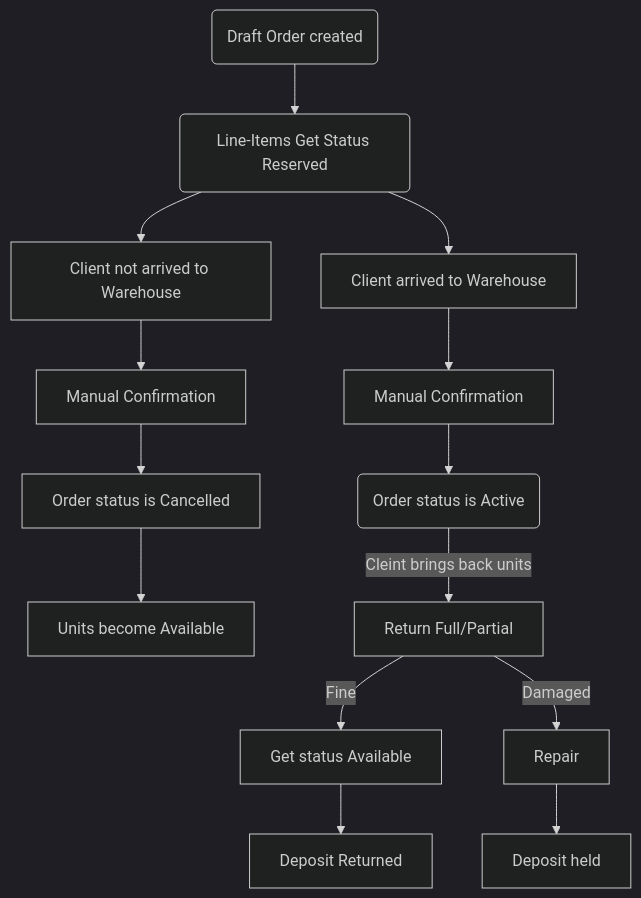
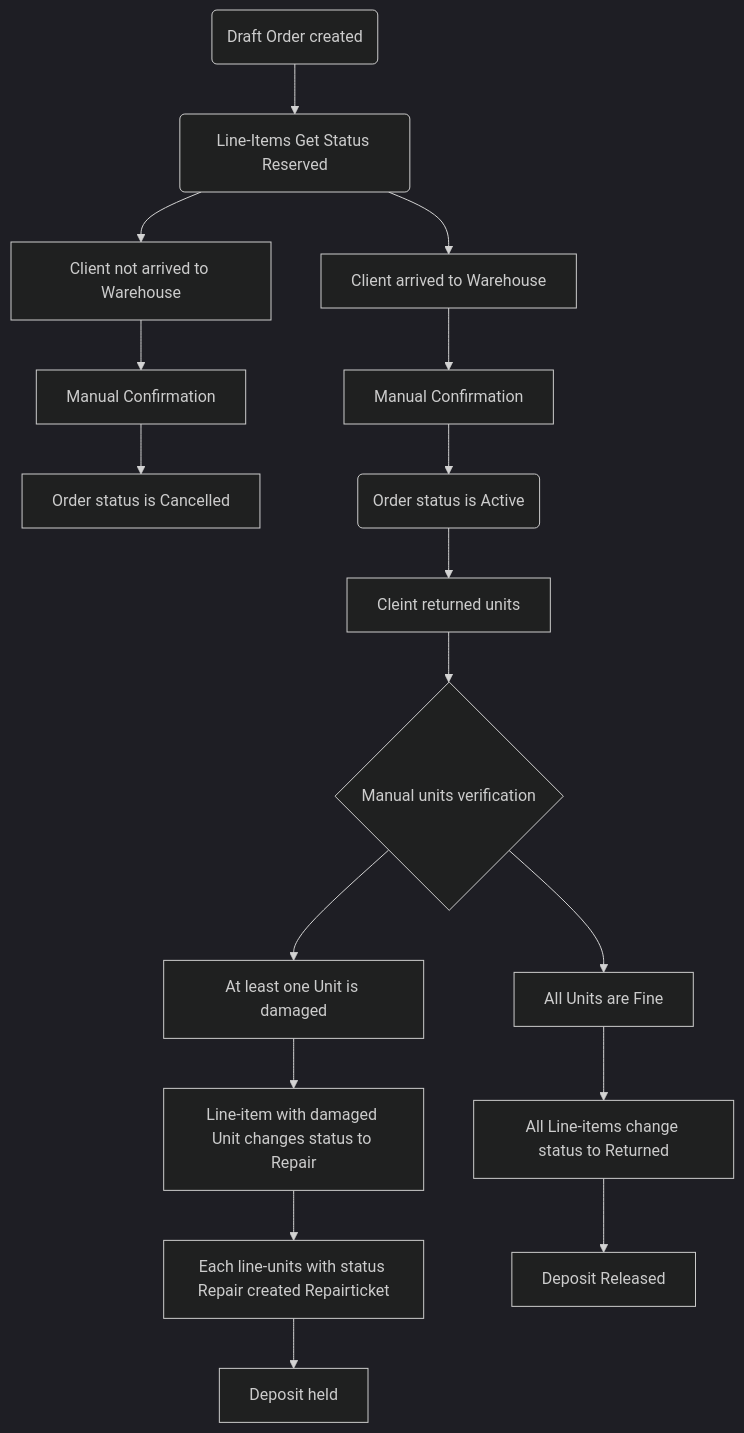
The diagram in Flowchart.md (Diamko94/rentals1), drawn with Mermaid (dark theme) before and after one commit.

````diff
--- a/Flowchart.md
+++ b/Flowchart.md
@@ -1,24 +1,27 @@
 ```mermaid
 flowchart TD
 
     %% Бронироваие
     A(Draft Order created) --> B(Line-Items Get Status Reserved)
 
     %% Выдача
     B --> G[Client arrived to Warehouse]
     G --> I[Manual Confirmation]
     B --> D[Client not arrived to Warehouse]
     D --> E[Manual Confirmation]
     E --> F[Order status is Cancelled]
-    F --> Z[Units become Available]
     I --> J(Order status is Active)
 
     %% Возврат
-    J -->|Cleint brings back units| K[Return Full/Partial]
-    K -->|Fine| M[Get status Available]
-    K -->|Damaged| N[Repair]
+    J --> K[Cleint returned units]
+    K --> L{Manual units verification}
+    L --> M[All Units are Fine] 
+    M --> N[All Line-items change status to Returned]
+    L --> O[At least one Unit is damaged]
+    O --> P[Line-item with damaged Unit changes status to Repair]
+    P --> R[Each line-units with status Repair created Repairticket]
 
     %% Расчет
-    M --> O[Deposit Returned]
-    N --> P[Deposit held]
+    N --> Q[Deposit Released]
+    R --> S[Deposit held]
 ```
````
